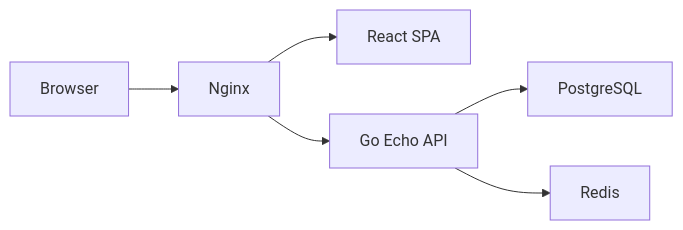
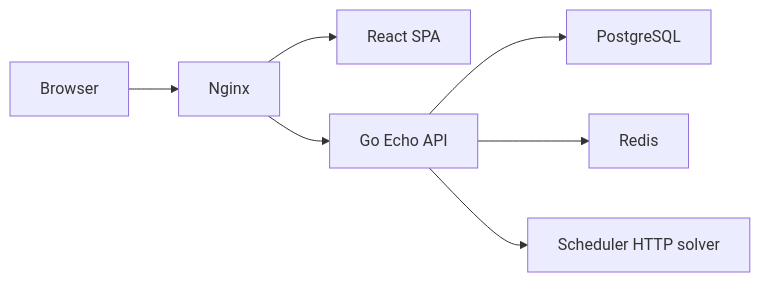
Before and after one commit to advxolltm/stride: the second of 7 diagrams in docs/architecture/Architecture.md, drawn with Mermaid. The commit also changed other lines of this file and 5 other files, not shown here.

Commit message:
feat: Architecture update ref #128

````diff
--- a/docs/architecture/Architecture.md
+++ b/docs/architecture/Architecture.md
@@ -119,8 +125,9 @@
 ```mermaid
 flowchart LR
     browser["Browser"] --> nginx["Nginx"]
     nginx --> spa["React SPA"]
     nginx --> api["Go Echo API"]
     api --> db["PostgreSQL"]
     api --> redis["Redis"]
+    api --> scheduler["Scheduler HTTP solver"]
 ```
````
